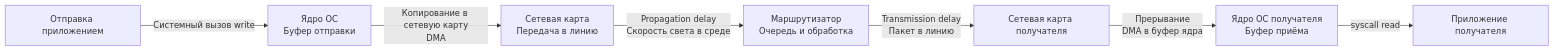
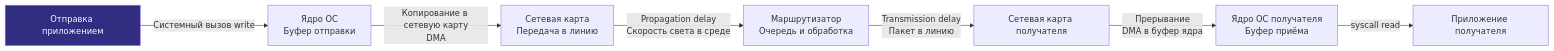
The first of 2 diagrams in sources/16. Профилирование, отладка и производительность/07. IO и системный уровень/3. Network latency.md (UnrealTemplier/go-textbook), drawn with Mermaid before and after one commit. The commit also changed 1666 other files, not shown here.

First line of the commit message:
feat(mermaid): add semantic color classDef to 1369 colorless flowchart/graph diagrams

````diff
--- a/sources/16. Профилирование, отладка и производительность/07. IO и системный уровень/3. Network latency.md
+++ b/sources/16. Профилирование, отладка и производительность/07. IO и системный уровень/3. Network latency.md
@@ -17,9 +17,19 @@
 ```mermaid
 flowchart LR
-    Send["Отправка приложением"] -->|"Системный вызов write"| Kernel["Ядро ОС<br>Буфер отправки"]
+    classDef process  fill:#1e293b,stroke:#38bdf8,stroke-width:1px,color:#f8fafc
+    classDef success  fill:#064e3b,stroke:#34d399,stroke-width:1px,color:#f8fafc
+    classDef error    fill:#7f1d1d,stroke:#f87171,stroke-width:1px,color:#f8fafc
+    classDef warning  fill:#78350f,stroke:#fbbf24,stroke-width:1px,color:#f8fafc
+    classDef entry    fill:#1e3a5f,stroke:#38bdf8,stroke-width:2px,color:#f8fafc
+    classDef aux      fill:#334155,stroke:#64748b,stroke-width:1px,color:#f8fafc
+    classDef system   fill:#312e81,stroke:#a78bfa,stroke-width:1px,color:#f8fafc
+    classDef data     fill:#132d29,stroke:#2dd4bf,stroke-width:1px,color:#f8fafc
+    classDef network  fill:#881337,stroke:#fb7185,stroke-width:1px,color:#f8fafc
+    classDef accent   fill:#1e1b4b,stroke:#818cf8,stroke-width:1px,color:#f8fafc
+    Send["Отправка приложением"]:::system -->|"Системный вызов write"| Kernel["Ядро ОС<br>Буфер отправки"]
     Kernel -->|"Копирование в сетевую карту<br>DMA"| NIC["Сетевая карта<br>Передача в линию"]
     NIC -->|"Propagation delay<br>Скорость света в среде"| Router["Маршрутизатор<br>Очередь и обработка"]
     Router -->|"Transmission delay<br>Пакет в линию"| TargetNIC["Сетевая карта получателя"]
     TargetNIC -->|"Прерывание<br>DMA в буфер ядра"| KernelRcv["Ядро ОС получателя<br>Буфер приёма"]
     KernelRcv -->|"syscall read"| Recv["Приложение получателя"]
 ```
````
